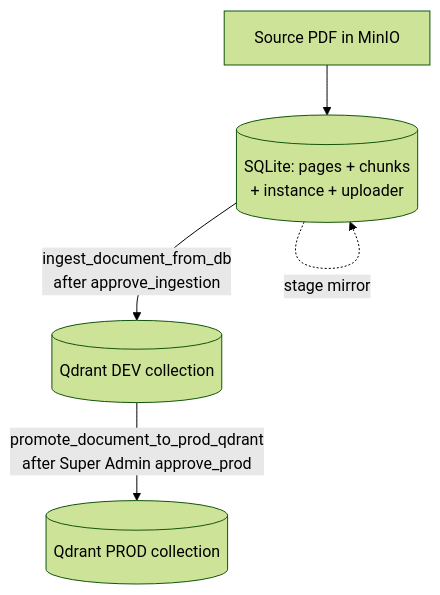
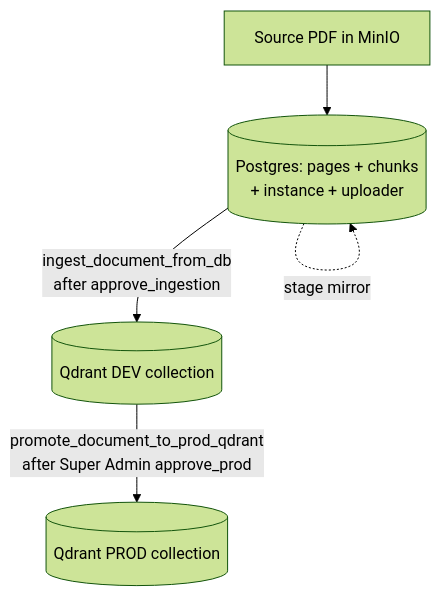
One commit to OpenAgriNet/knowledge-provider changed the eighth of 8 diagrams in docs/architecture-pipeline-rbac.md. Above: the diagram before and after it, drawn with Mermaid (forest theme). The commit also changed other lines of this file and 5 other files, not shown here.

````diff
--- a/docs/architecture-pipeline-rbac.md
+++ b/docs/architecture-pipeline-rbac.md
@@ -355,12 +355,12 @@
 ```mermaid
 flowchart TB
   PDF[Source PDF in MinIO]
-  SQLITE[(SQLite: pages + chunks<br/>+ instance + uploader)]
+  PGDB[(Postgres: pages + chunks<br/>+ instance + uploader)]
   DEV[(Qdrant DEV collection)]
   PROD[(Qdrant PROD collection)]
 
-  PDF --> SQLITE
-  SQLITE -->|"ingest_document_from_db<br/>after approve_ingestion"| DEV
+  PDF --> PGDB
+  PGDB -->|"ingest_document_from_db<br/>after approve_ingestion"| DEV
   DEV -->|"promote_document_to_prod_qdrant<br/>after Super Admin approve_prod"| PROD
-  SQLITE -.->|"stage mirror"| SQLITE
+  PGDB -.->|"stage mirror"| PGDB
 ```
````
